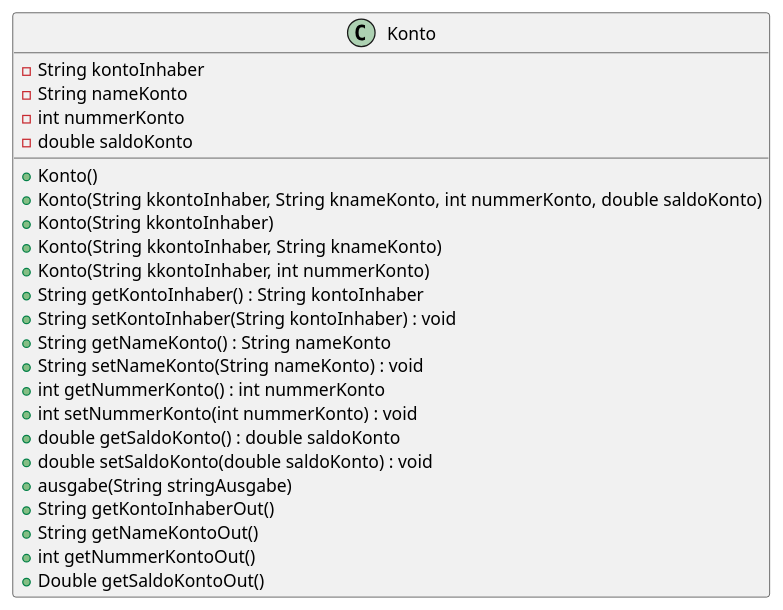
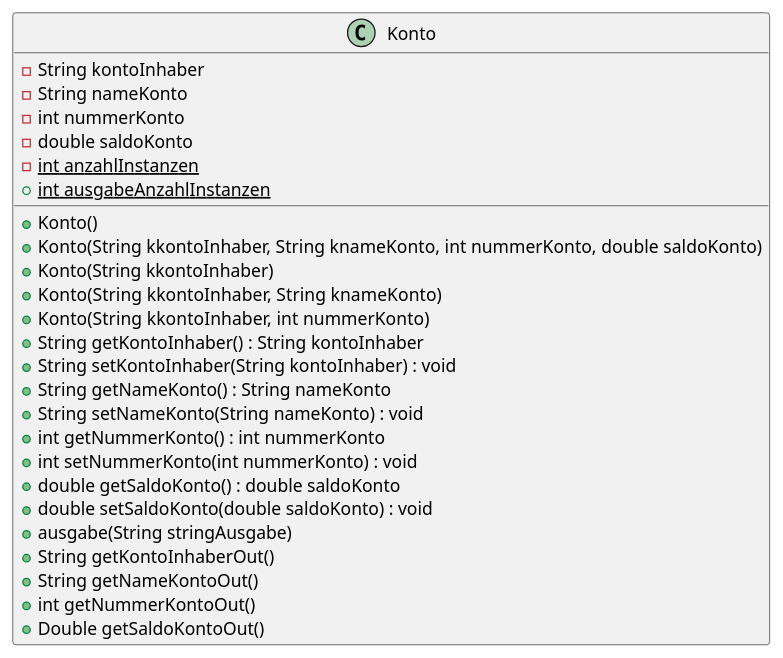
Before and after one commit to Bildungszentrum-fur-Technik/lernportfolio_m226a-21r8430: the diagram in docs/M226AProgramming/Tag2/README.md, drawn with PlantUML.

Commit message:
updated plantUML

````diff
--- a/docs/M226AProgramming/Tag2/README.md
+++ b/docs/M226AProgramming/Tag2/README.md
@@ -28,29 +28,31 @@
 ```plantuml
 @startuml
 class Konto{
     -String kontoInhaber
     -String nameKonto
     -int nummerKonto
     -double saldoKonto
+    -{static} int anzahlInstanzen
     +Konto()
     +Konto(String kkontoInhaber, String knameKonto, int nummerKonto, double saldoKonto)
     +Konto(String kkontoInhaber)
     +Konto(String kkontoInhaber, String knameKonto)
     +Konto(String kkontoInhaber, int nummerKonto)
     +String getKontoInhaber() : String kontoInhaber
     +String setKontoInhaber(String kontoInhaber) : void
     +String getNameKonto() : String nameKonto
     +String setNameKonto(String nameKonto) : void
     +int getNummerKonto() : int nummerKonto
     +int setNummerKonto(int nummerKonto) : void
     +double getSaldoKonto() : double saldoKonto
     +double setSaldoKonto(double saldoKonto) : void
     +ausgabe(String stringAusgabe)
     +String getKontoInhaberOut()
     +String getNameKontoOut()
     +int getNummerKontoOut()
     +Double getSaldoKontoOut()
+    +{static} int ausgabeAnzahlInstanzen
     
 }
 @enduml
 ```
````
